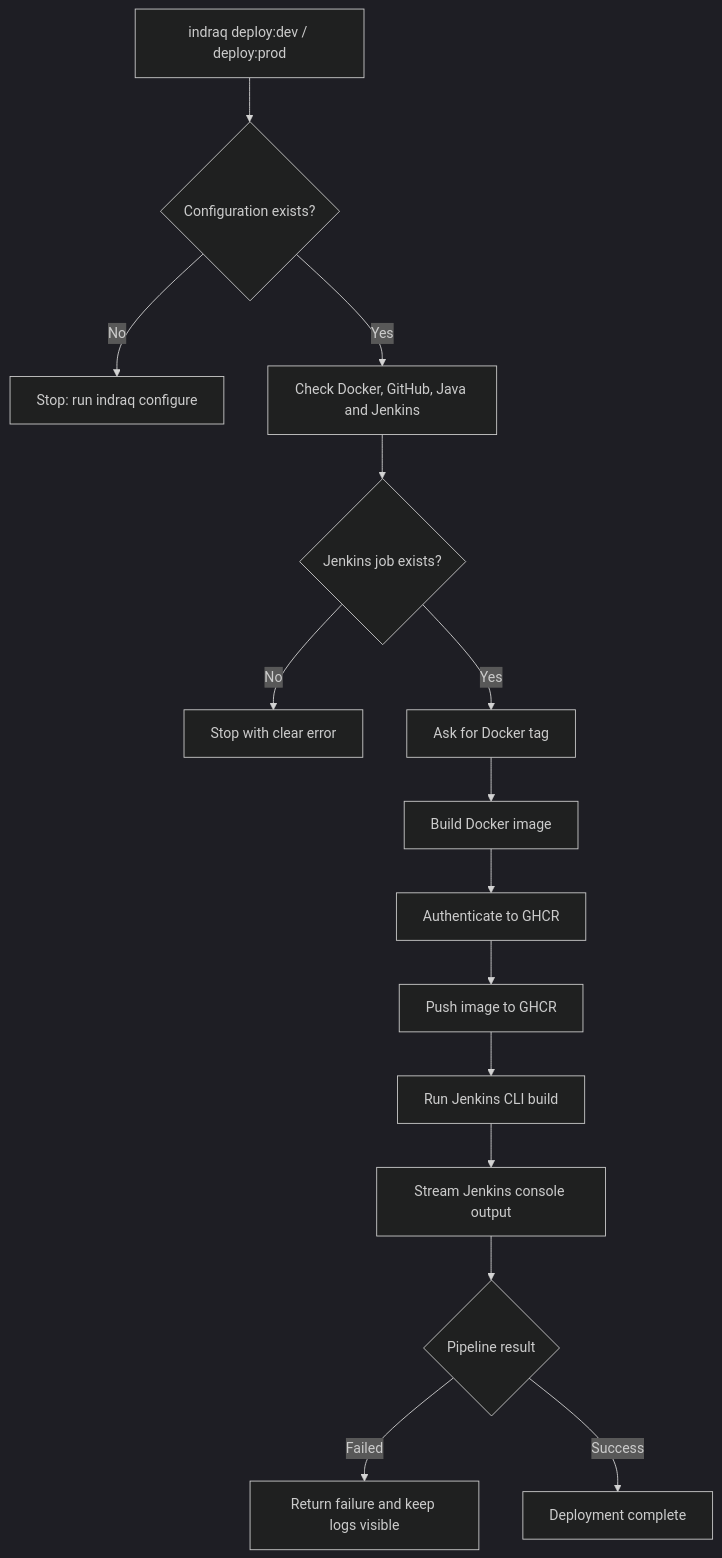
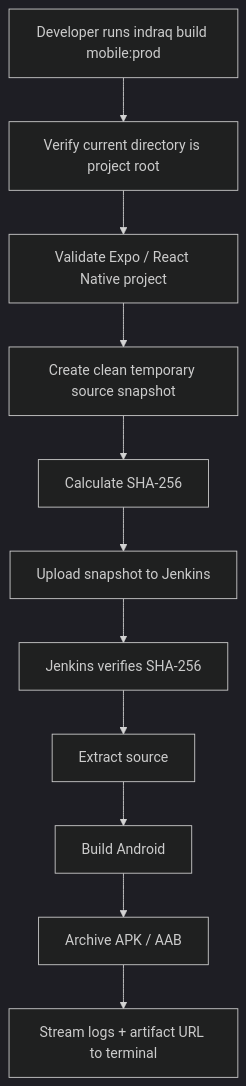
One commit to IndraQ-Innovations/IndraQ_CLI changed the diagram in README.md. Above: the diagram before and after it, drawn with Mermaid (dark theme). The commit also changed other lines of this file and 2 other files, not shown here.

````diff
--- a/README.md
+++ b/README.md
@@ -105,17 +914,13 @@
 ```mermaid
 flowchart TD
-    A[indraq deploy:dev / deploy:prod] --> B{Configuration exists?}
-    B -- No --> C[Stop: run indraq configure]
-    B -- Yes --> D[Check Docker, GitHub, Java and Jenkins]
-    D --> E{Jenkins job exists?}
-    E -- No --> F[Stop with clear error]
-    E -- Yes --> G[Ask for Docker tag]
-    G --> H[Build Docker image]
-    H --> I[Authenticate to GHCR]
-    I --> J[Push image to GHCR]
-    J --> K[Run Jenkins CLI build]
-    K --> L[Stream Jenkins console output]
-    L --> M{Pipeline result}
-    M -- Failed --> N[Return failure and keep logs visible]
-    M -- Success --> O[Deployment complete]
+    A[Developer runs indraq build mobile:prod] --> B[Verify current directory is project root]
+    B --> C[Validate Expo / React Native project]
+    C --> D[Create clean temporary source snapshot]
+    D --> E[Calculate SHA-256]
+    E --> F[Upload snapshot to Jenkins]
+    F --> G[Jenkins verifies SHA-256]
+    G --> H[Extract source]
+    H --> I[Build Android]
+    I --> J[Archive APK / AAB]
+    J --> K[Stream logs + artifact URL to terminal]
 ```
````
